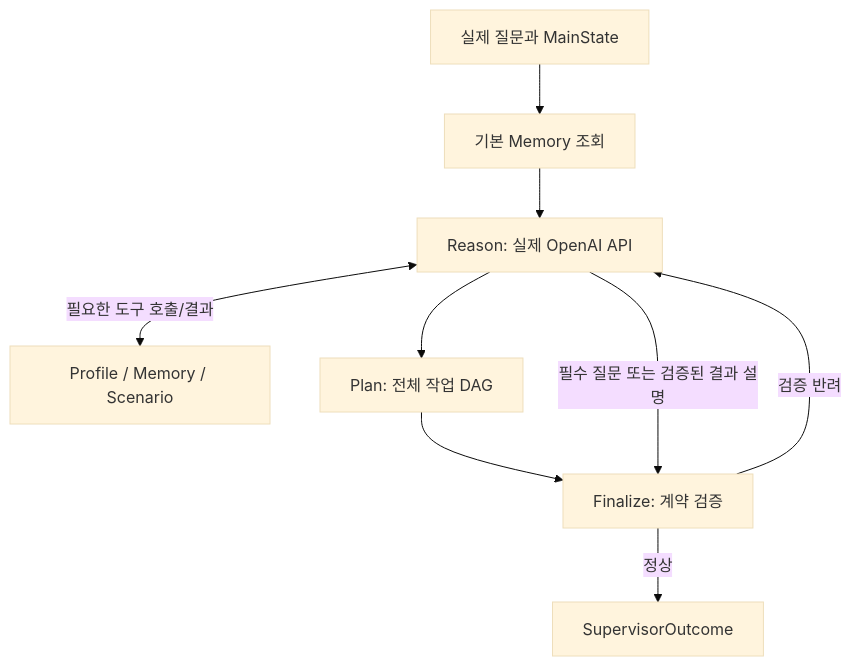
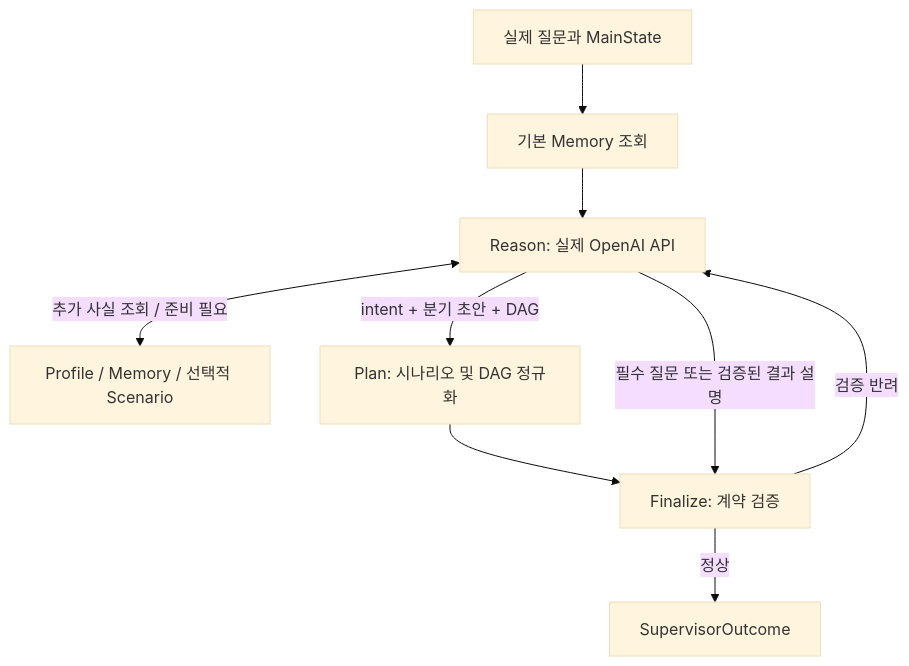
Before and after one commit to encore-ai-campus/mle-01-final-team1: the diagram in backend/agent/supervisor/README.md, drawn with Mermaid (base theme). The commit also changed other lines of this file and 11 other files, not shown here.

````diff
--- a/backend/agent/supervisor/README.md
+++ b/backend/agent/supervisor/README.md
@@ -66,11 +66,11 @@
 ```mermaid
 flowchart TD
     A[실제 질문과 MainState] --> B[기본 Memory 조회]
     B --> R[Reason: 실제 OpenAI API]
-    R <-->|필요한 도구 호출/결과| T[Profile / Memory / Scenario]
-    R --> P[Plan: 전체 작업 DAG]
+    R <-->|추가 사실 조회 / 준비 필요| T[Profile / Memory / 선택적 Scenario]
+    R -->|intent + 분기 초안 + DAG| P[Plan: 시나리오 및 DAG 정규화]
     P --> F[Finalize: 계약 검증]
     R -->|필수 질문 또는 검증된 결과 설명| F
     F -->|검증 반려| R
     F -->|정상| O[SupervisorOutcome]
 ```
````
